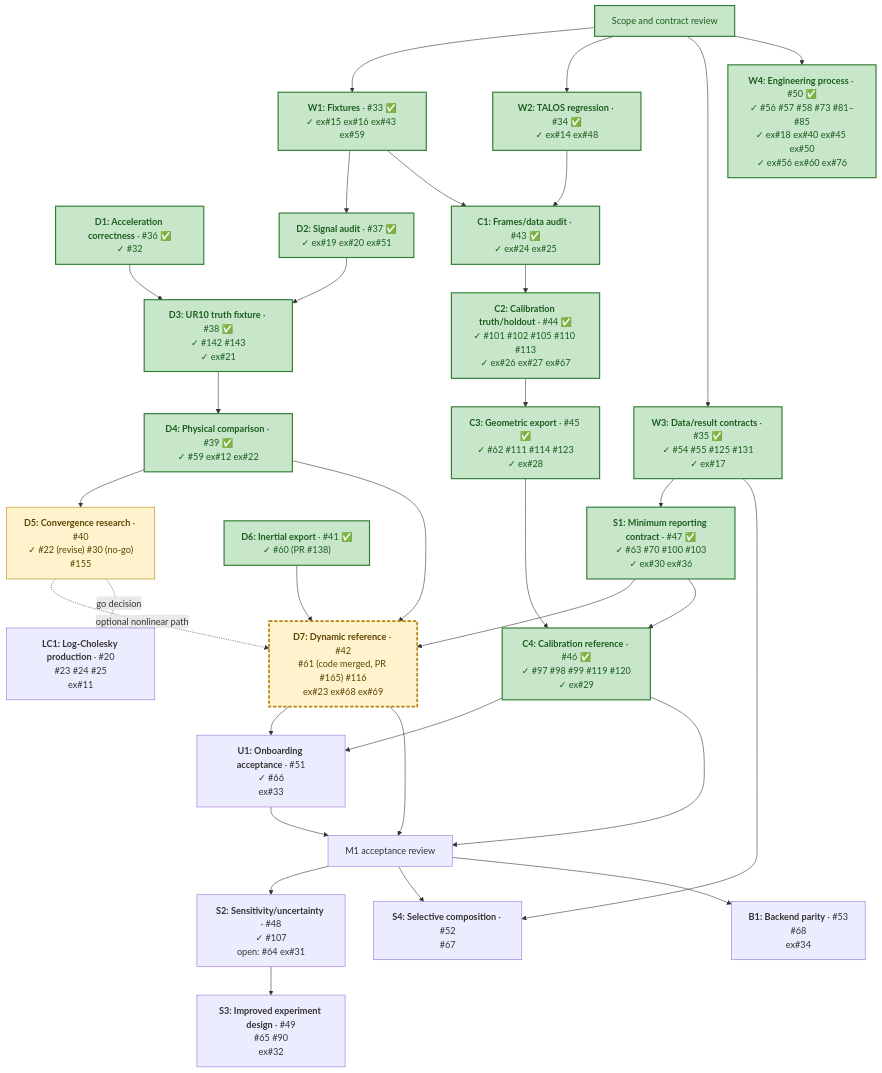
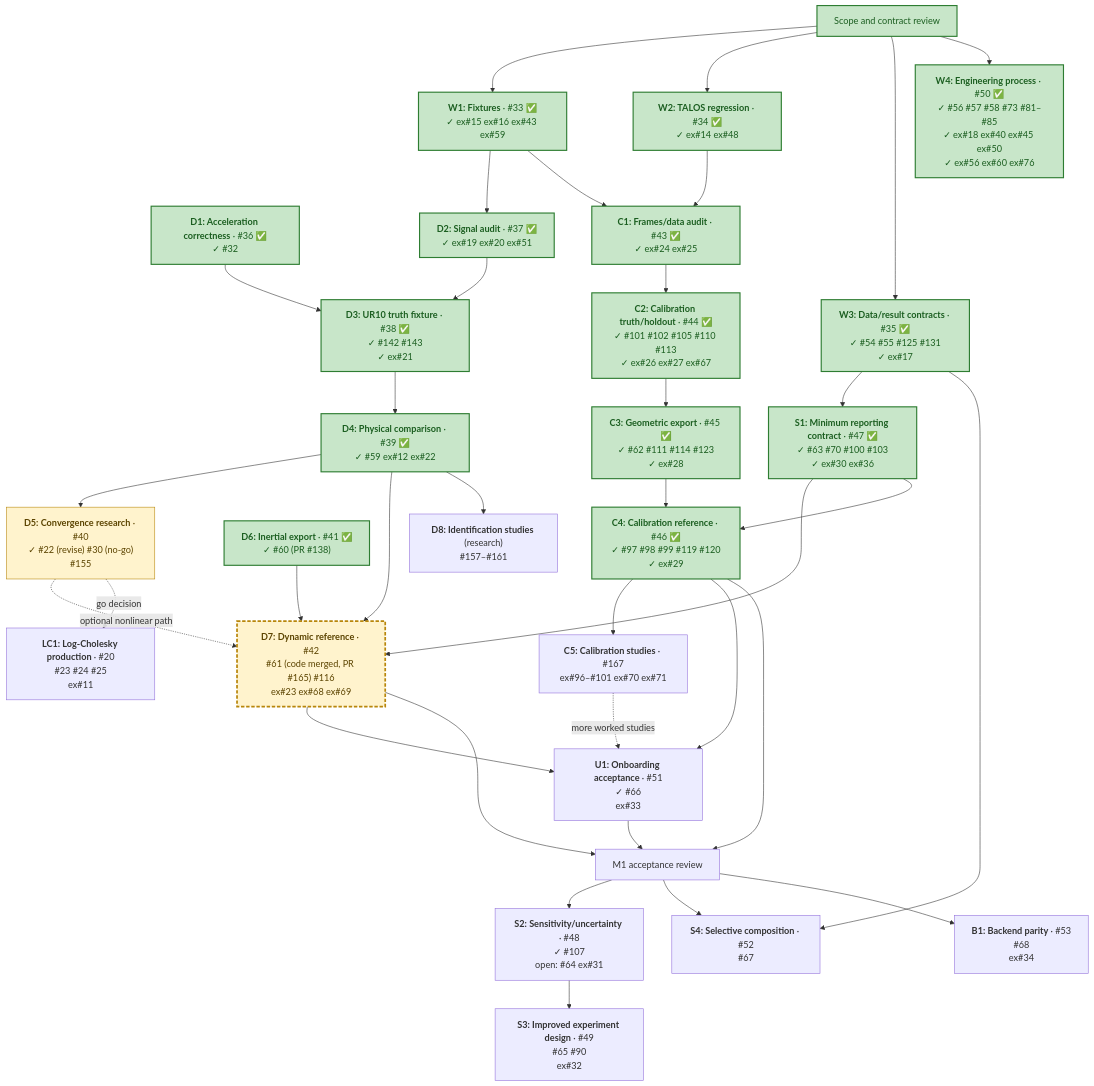
One commit to thanhndv212/figaroh-plus changed the diagram in docs/plans/identification-calibration-delivery.md. Above: the diagram before and after it, drawn with Mermaid. The commit also changed other lines of this file and 2 other files, not shown here.

First line of the commit message:
docs(plans): add C5 calibration studies and D8 identification studies to the delivery map

````diff
--- a/docs/plans/identification-calibration-delivery.md
+++ b/docs/plans/identification-calibration-delivery.md
@@ -77,66 +77,71 @@
 ```mermaid
 flowchart TD
     R["Scope and contract review"]
     W1["<b>W1: Fixtures</b> · #33 ✅<br/>✓ ex#15 ex#16 ex#43 ex#59"]
     W2["<b>W2: TALOS regression</b> · #34 ✅<br/>✓ ex#14 ex#48"]
     W3["<b>W3: Data/result contracts</b> · #35 ✅<br/>✓ #54 #55 #125 #131<br/>✓ ex#17"]
     W4["<b>W4: Engineering process</b> · #50 ✅<br/>✓ #56 #57 #58 #73 #81–#85<br/>✓ ex#18 ex#40 ex#45 ex#50<br/>✓ ex#56 ex#60 ex#76"]
     D1["<b>D1: Acceleration correctness</b> · #36 ✅<br/>✓ #32"]
     D2["<b>D2: Signal audit</b> · #37 ✅<br/>✓ ex#19 ex#20 ex#51"]
     D3["<b>D3: UR10 truth fixture</b> · #38 ✅<br/>✓ #142 #143<br/>✓ ex#21"]
     D4["<b>D4: Physical comparison</b> · #39 ✅<br/>✓ #59 ex#12 ex#22"]
     D5["<b>D5: Convergence research</b> · #40<br/>✓ #22 (revise) #30 (no-go)<br/>#155"]
     D6["<b>D6: Inertial export</b> · #41 ✅<br/>✓ #60 (PR #138)"]
     D7["<b>D7: Dynamic reference</b> · #42<br/>#61 (code merged, PR #165) #116<br/>ex#23 ex#68 ex#69"]
     C1["<b>C1: Frames/data audit</b> · #43 ✅<br/>✓ ex#24 ex#25"]
     C2["<b>C2: Calibration truth/holdout</b> · #44 ✅<br/>✓ #101 #102 #105 #110 #113<br/>✓ ex#26 ex#27 ex#67"]
     C3["<b>C3: Geometric export</b> · #45 ✅<br/>✓ #62 #111 #114 #123<br/>✓ ex#28"]
     C4["<b>C4: Calibration reference</b> · #46 ✅<br/>✓ #97 #98 #99 #119 #120<br/>✓ ex#29"]
+    C5["<b>C5: Calibration studies</b> · #167<br/>ex#96–#101 ex#70 ex#71"]
+    D8["<b>D8: Identification studies</b> (research)<br/>#157–#161"]
     S1["<b>S1: Minimum reporting contract</b> · #47 ✅<br/>✓ #63 #70 #100 #103<br/>✓ ex#30 ex#36"]
     U1["<b>U1: Onboarding acceptance</b> · #51<br/>✓ #66<br/>ex#33"]
     A["M1 acceptance review"]
     S2["<b>S2: Sensitivity/uncertainty</b> · #48<br/>✓ #107<br/>open: #64 ex#31"]
     S3["<b>S3: Improved experiment design</b> · #49<br/>#65 #90<br/>ex#32"]
     S4["<b>S4: Selective composition</b> · #52<br/>#67"]
     B1["<b>B1: Backend parity</b> · #53<br/>#68<br/>ex#34"]
     LC1["<b>LC1: Log-Cholesky production</b> · #20<br/>#23 #24 #25<br/>ex#11"]
 
     R --> W1
     R --> W2
     R --> W3
     R --> W4
     W1 --> D2
     D1 --> D3
     D2 --> D3
     D3 --> D4
     D4 --> D5
     D6 --> D7
     D4 --> D7
     D5 -. optional nonlinear path .-> D7
     D5 -. go decision .-> LC1
     W1 --> C1
     W2 --> C1
     C1 --> C2
     C2 --> C3
     C3 --> C4
+    C4 --> C5
+    D4 --> D8
+    C5 -. more worked studies .-> U1
     W3 --> S1
     S1 --> D7
     S1 --> C4
     D7 --> U1
     C4 --> U1
     D7 --> A
     C4 --> A
     U1 --> A
     A --> S2
     S2 --> S3
     A --> S4
     W3 --> S4
     A --> B1
 
     classDef cleared fill:#c8e6c9,stroke:#2e7d32,stroke-width:2px,color:#1b5e20
     classDef ready fill:#fff3cd,stroke:#b8860b,color:#5c4400
     class R,W1,W2,W3,W4,D1,D2,C1,C2,C3,S1,D6,C4,D3,D4 cleared
     class D5 ready
     class D7 active
     classDef active fill:#fff3cd,stroke:#b8860b,stroke-width:3px,stroke-dasharray:6 3,color:#5c4400
 ```
````
